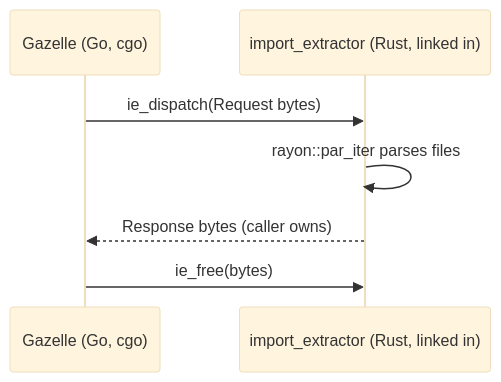
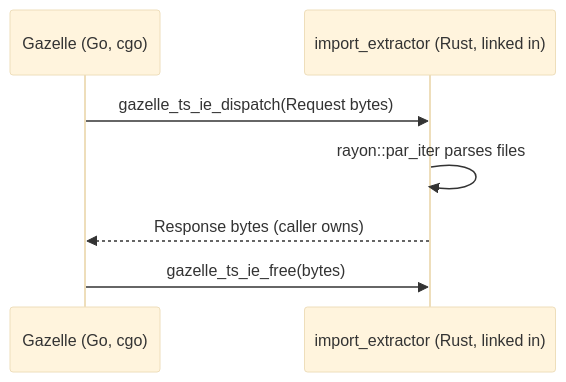
One commit to hermeticbuild/gazelle_plugins changed the diagram in crates/import_extractor/README.md. Above: the diagram before and after it, drawn with Mermaid (base theme). The commit also changed other lines of this file and 5 other files, not shown here.

````diff
--- a/crates/import_extractor/README.md
+++ b/crates/import_extractor/README.md
@@ -25,9 +25,9 @@
 ```mermaid
 sequenceDiagram
     participant G as Gazelle (Go, cgo)
     participant E as import_extractor (Rust, linked in)
-    G->>E: ie_dispatch(Request bytes)
+    G->>E: gazelle_ts_ie_dispatch(Request bytes)
     E->>E: rayon::par_iter parses files
     E-->>G: Response bytes (caller owns)
-    G->>E: ie_free(bytes)
+    G->>E: gazelle_ts_ie_free(bytes)
 ```
````
